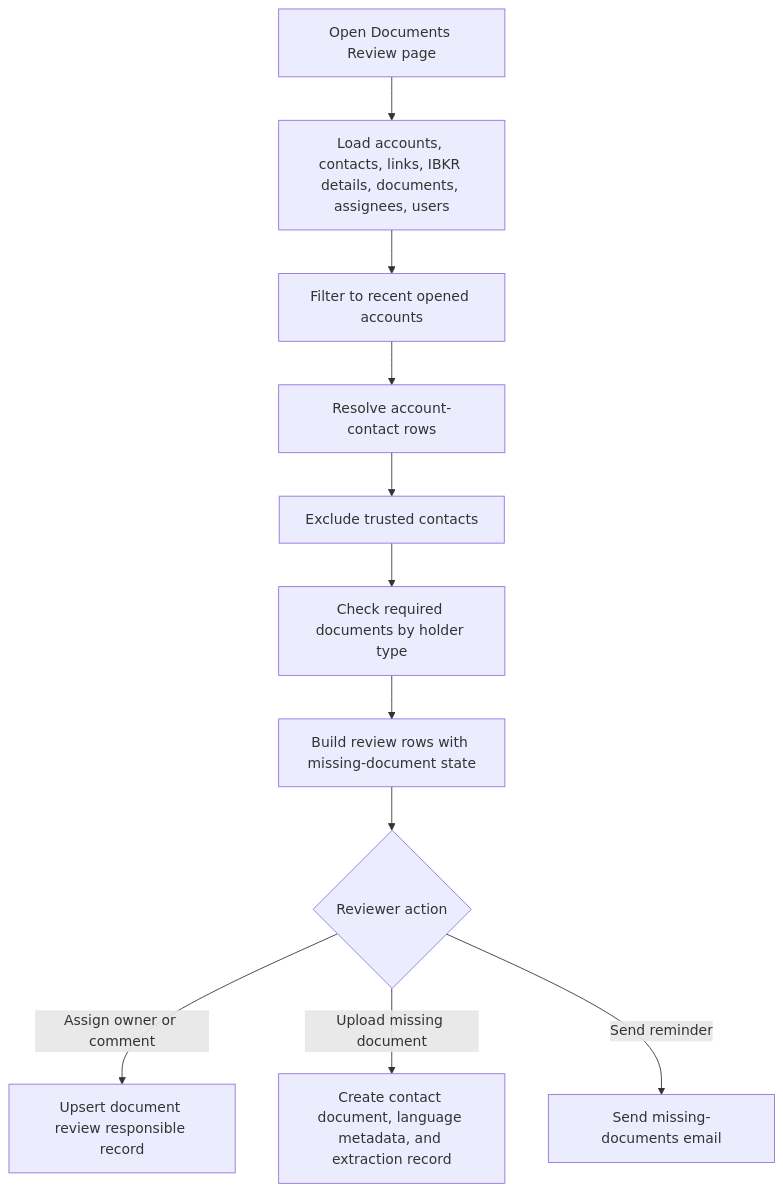
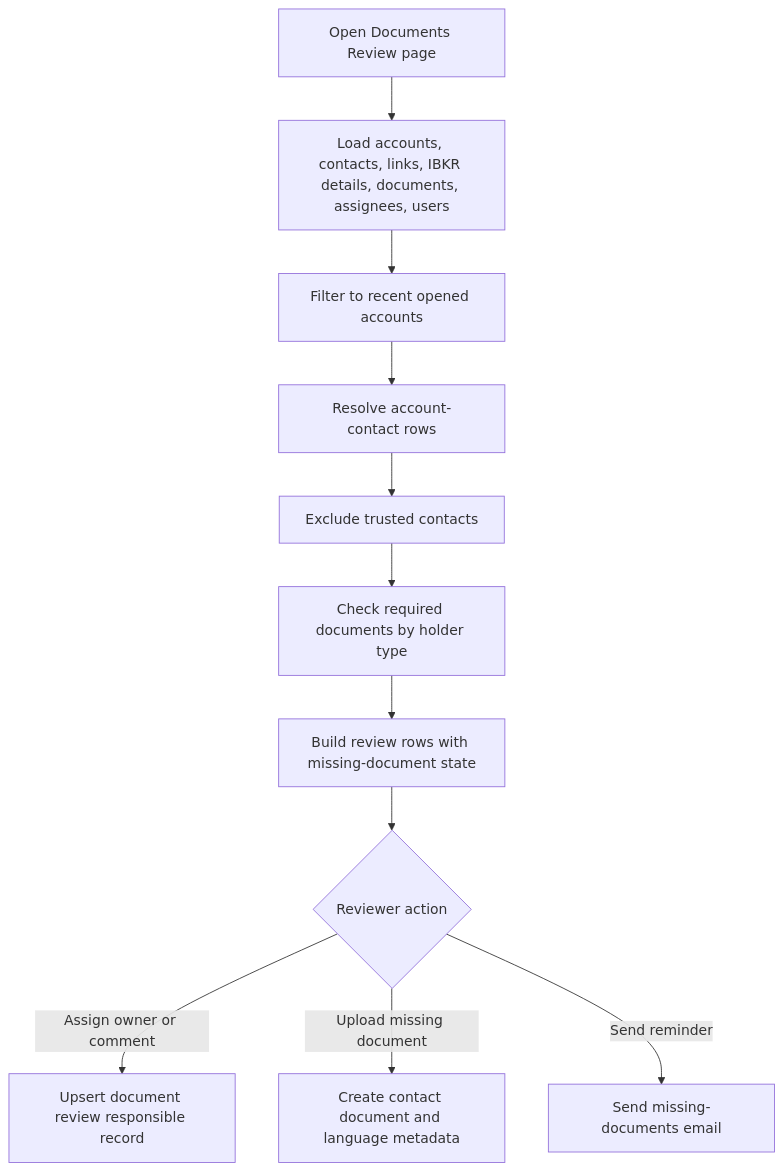
Before and after one commit to agmtrader/compliance: the diagram in processes/06-documents-review-workflow.md, drawn with Mermaid. The commit also changed other lines of this file and 5 other files, not shown here.

````diff
--- a/processes/06-documents-review-workflow.md
+++ b/processes/06-documents-review-workflow.md
@@ -50,13 +52,13 @@
 ```mermaid
 flowchart TD
     A["Open Documents Review page"] --> B["Load accounts, contacts, links, IBKR details, documents, assignees, users"]
     B --> C["Filter to recent opened accounts"]
     C --> D["Resolve account-contact rows"]
     D --> E["Exclude trusted contacts"]
     E --> F["Check required documents by holder type"]
     F --> G["Build review rows with missing-document state"]
     G --> H{"Reviewer action"}
     H -- "Assign owner or comment" --> I["Upsert document review responsible record"]
-    H -- "Upload missing document" --> J["Create contact document, language metadata, and extraction record"]
+    H -- "Upload missing document" --> J["Create contact document and language metadata"]
     H -- "Send reminder" --> K["Send missing-documents email"]
 ```
````
